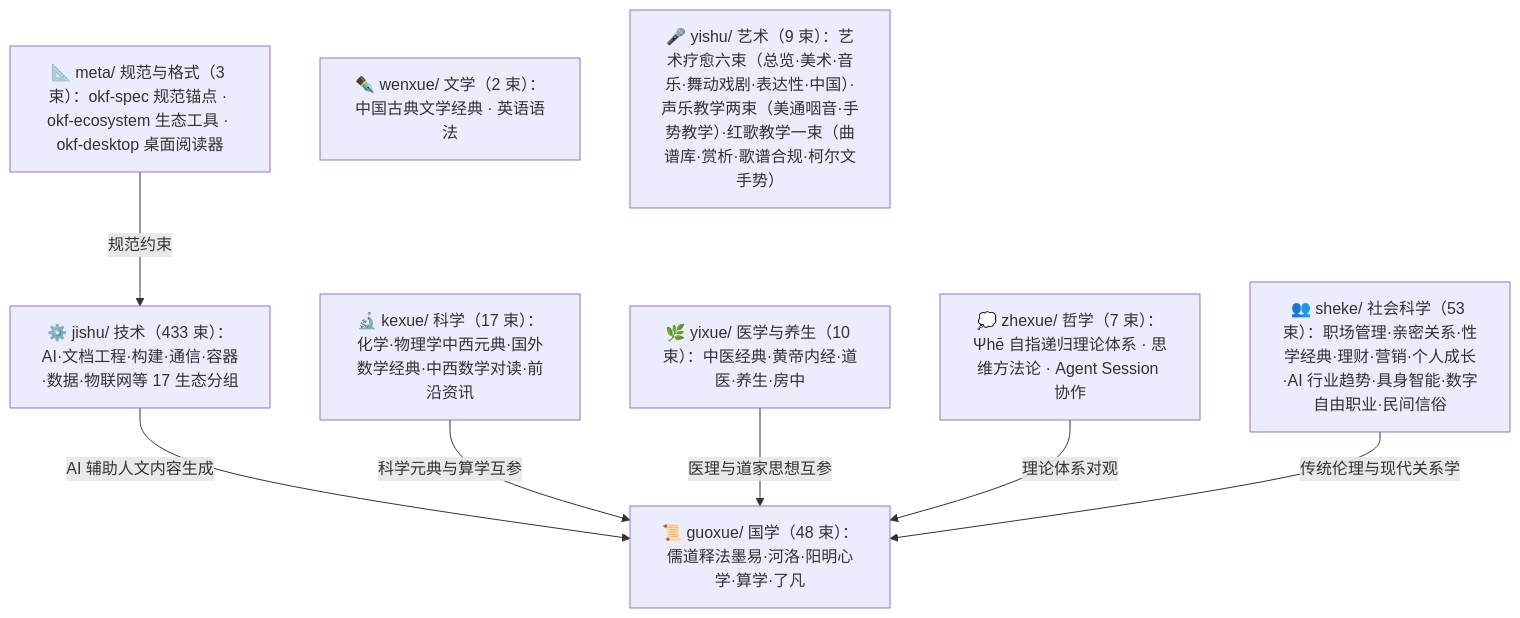
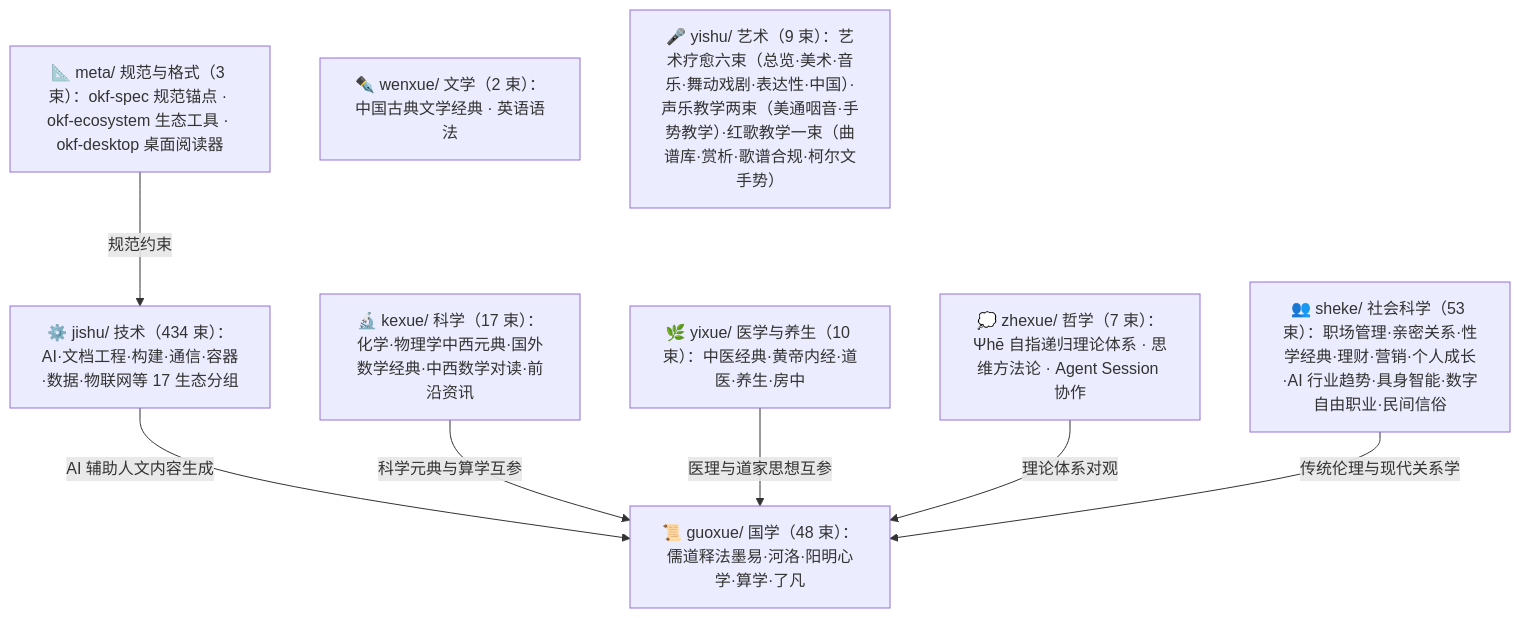
One commit to awesome-flexloop/awesome-okf changed the diagram in doc/bundles/index.md. Above: the diagram before and after it, drawn with Mermaid. The commit also changed other lines of this file and 30 other files, not shown here.

````diff
--- a/doc/bundles/index.md
+++ b/doc/bundles/index.md
@@ -21,18 +21,18 @@
 ```mermaid
 flowchart TD
     meta["📐 meta/ 规范与格式（3 束）：okf-spec 规范锚点 · okf-ecosystem 生态工具 · okf-desktop 桌面阅读器"]
     guoxue["📜 guoxue/ 国学（48 束）：儒道释法墨易·河洛·阳明心学·算学·了凡"]
     zhexue["💭 zhexue/ 哲学（7 束）：Ψhē 自指递归理论体系 · 思维方法论 · Agent Session 协作"]
     kexue["🔬 kexue/ 科学（17 束）：化学·物理学中西元典·国外数学经典·中西数学对读·前沿资讯"]
     wenxue["✒️ wenxue/ 文学（2 束）：中国古典文学经典 · 英语语法"]
     yixue["🌿 yixue/ 医学与养生（10 束）：中医经典·黄帝内经·道医·养生·房中"]
     sheke["👥 sheke/ 社会科学（53 束）：职场管理·亲密关系·性学经典·理财·营销·个人成长·AI 行业趋势·具身智能·数字自由职业·民间信俗"]
     yishu["🎤 yishu/ 艺术（9 束）：艺术疗愈六束（总览·美术·音乐·舞动戏剧·表达性·中国）·声乐教学两束（美通咽音·手势教学）·红歌教学一束（曲谱库·赏析·歌谱合规·柯尔文手势）"]
-    jishu["⚙️ jishu/ 技术（433 束）：AI·文档工程·构建·通信·容器·数据·物联网等 17 生态分组"]
+    jishu["⚙️ jishu/ 技术（434 束）：AI·文档工程·构建·通信·容器·数据·物联网等 17 生态分组"]
     meta -->|"规范约束"| jishu
     jishu -->|"AI 辅助人文内容生成"| guoxue
     kexue -->|"科学元典与算学互参"| guoxue
     yixue -->|"医理与道家思想互参"| guoxue
     zhexue -->|"理论体系对观"| guoxue
     sheke -->|"传统伦理与现代关系学"| guoxue
 ```
````
